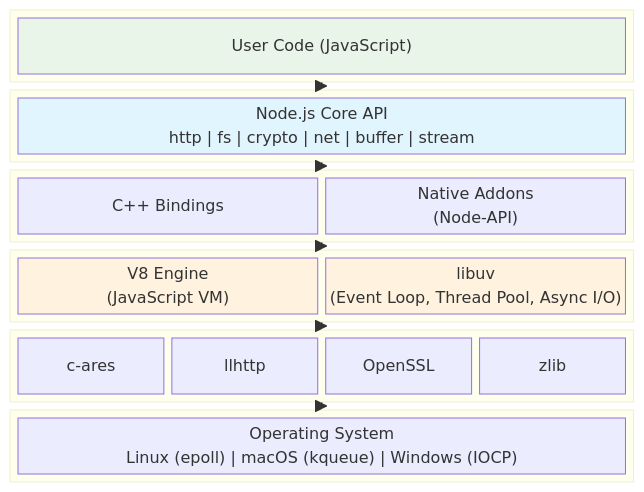
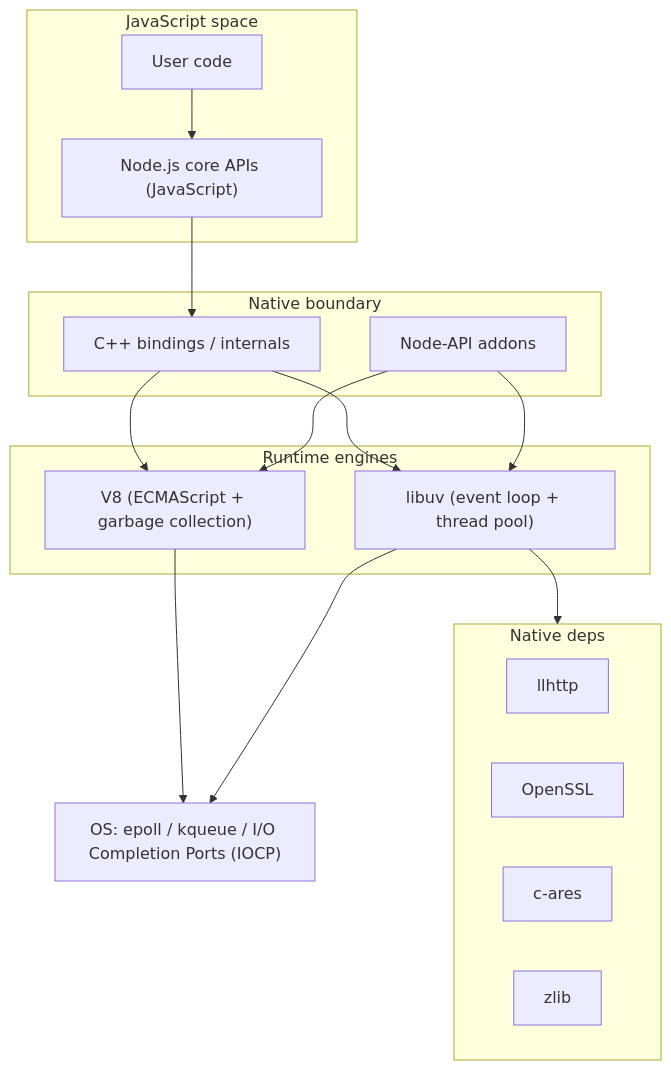
Before and after one commit to sujeet-pro/legacy-personal-site: the diagram in v4/content/articles/browser-runtime-internals/js-runtime-internals/nodejs-runtime-architecture/README.md, drawn with Mermaid. The commit also changed other lines of this file and 18 other files, not shown here.

````diff
--- a/v4/content/articles/browser-runtime-internals/js-runtime-internals/nodejs-runtime-architecture/README.md
+++ b/v4/content/articles/browser-runtime-internals/js-runtime-internals/nodejs-runtime-architecture/README.md
@@ -101,50 +7,35 @@
 ```mermaid
-block-beta
-    columns 1
+flowchart TB
+  subgraph JS["JavaScript space"]
+    user["User code"]
+    core["Node.js core APIs (JavaScript)"]
+  end
 
-    block:userspace:1
-        columns 1
-        A["User Code (JavaScript)"]
-    end
+  subgraph Native["Native boundary"]
+    bindings["C++ bindings / internals"]
+    napi["Node-API addons"]
+  end
 
-    block:coreapi:1
-        columns 1
-        B["Node.js Core API<br/>http | fs | crypto | net | buffer | stream"]
-    end
+  subgraph Engines["Runtime engines"]
+    v8["V8 (ECMAScript + garbage collection)"]
+    libuv["libuv (event loop + thread pool)"]
+  end
 
-    block:bindings:1
-        columns 2
-        C["C++ Bindings"]
-        D["Native Addons<br/>(Node-API)"]
-    end
+  subgraph Deps["Native deps"]
+    http["llhttp"]
+    tls["OpenSSL"]
+    dns["c-ares"]
+    comp["zlib"]
+  end
 
-    block:runtime:1
-        columns 2
-        E["V8 Engine<br/>(JavaScript VM)"]
-        F["libuv<br/>(Event Loop, Thread Pool, Async I/O)"]
-    end
+  os["OS: epoll / kqueue / I/O Completion Ports (IOCP)"]
 
-    block:deps:1
-        columns 4
-        G["c-ares"]
-        H["llhttp"]
-        I["OpenSSL"]
-        J["zlib"]
-    end
-
-    block:os:1
-        columns 1
-        K["Operating System<br/>Linux (epoll) | macOS (kqueue) | Windows (IOCP)"]
-    end
-
-    userspace --> coreapi
-    coreapi --> bindings
-    bindings --> runtime
-    runtime --> deps
-    deps --> os
-
-    style A fill:#e8f5e8
-    style B fill:#e1f5fe
-    style E fill:#fff3e0
-    style F fill:#fff3e0
+  user --> core --> bindings
+  bindings --> v8
+  bindings --> libuv
+  napi --> v8
+  napi --> libuv
+  libuv --> Deps
+  v8 --> os
+  libuv --> os
 ```
````
